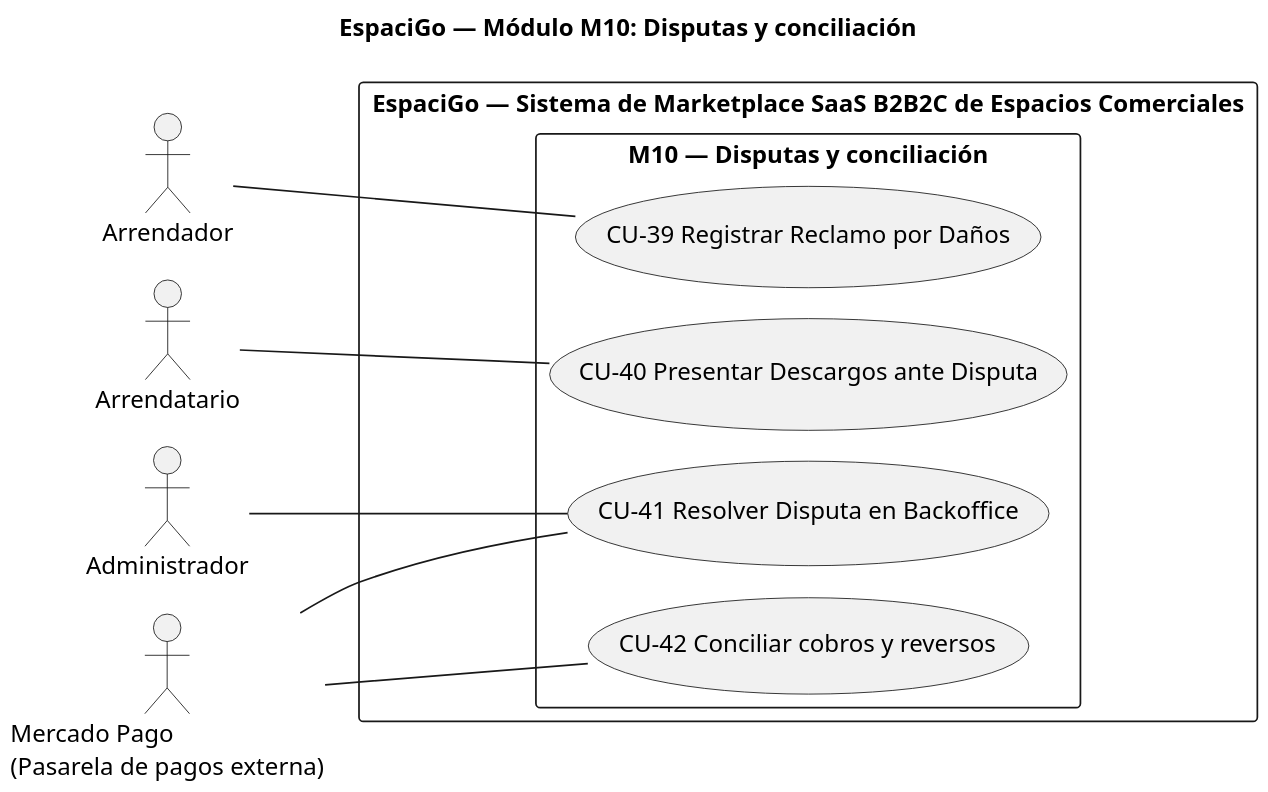
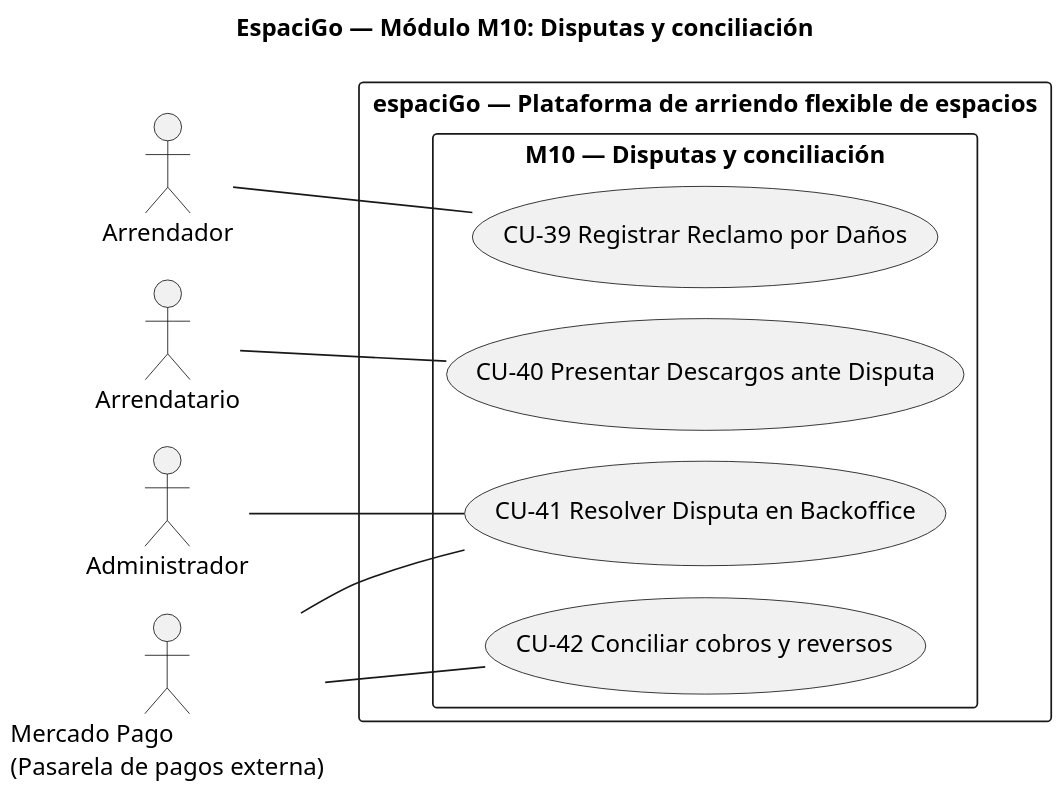
The diagram in tesis_final/assets/diagramas_src/anexo_c/cu_m10_disputas_payout.puml (HernanEspinozaDev/proyectotitulo), drawn with PlantUML before and after one commit. The commit also changed 22 other files, not shown here.

```diff
--- a/tesis_final/assets/diagramas_src/anexo_c/cu_m10_disputas_payout.puml
+++ b/tesis_final/assets/diagramas_src/anexo_c/cu_m10_disputas_payout.puml
@@ -1,29 +1,29 @@
 @startuml
 !pragma layout smetana
 skinparam dpi 170
 title EspaciGo — Módulo M10: Disputas y conciliación
 left to right direction
 skinparam packageStyle rectangle
 
 actor "Arrendador" as ARR
 actor "Arrendatario" as ARREN
 actor "Administrador" as ADMIN
 actor "Mercado Pago\n(Pasarela de pagos externa)" as MP
 
-rectangle "EspaciGo — Sistema de Marketplace SaaS B2B2C de Espacios Comerciales" {
+rectangle "espaciGo — Plataforma de arriendo flexible de espacios" {
   package "M10 — Disputas y conciliación" {
     usecase "CU-39 Registrar Reclamo por Daños" as CU39
     usecase "CU-40 Presentar Descargos ante Disputa" as CU40
     usecase "CU-41 Resolver Disputa en Backoffice" as CU41
     usecase "CU-42 Conciliar cobros y reversos" as CU42
   }
 }
 
 ARR -- CU39
 ARREN -- CU40
 ADMIN -- CU41
 MP -- CU41
 MP -- CU42
 
 
 @enduml
```
